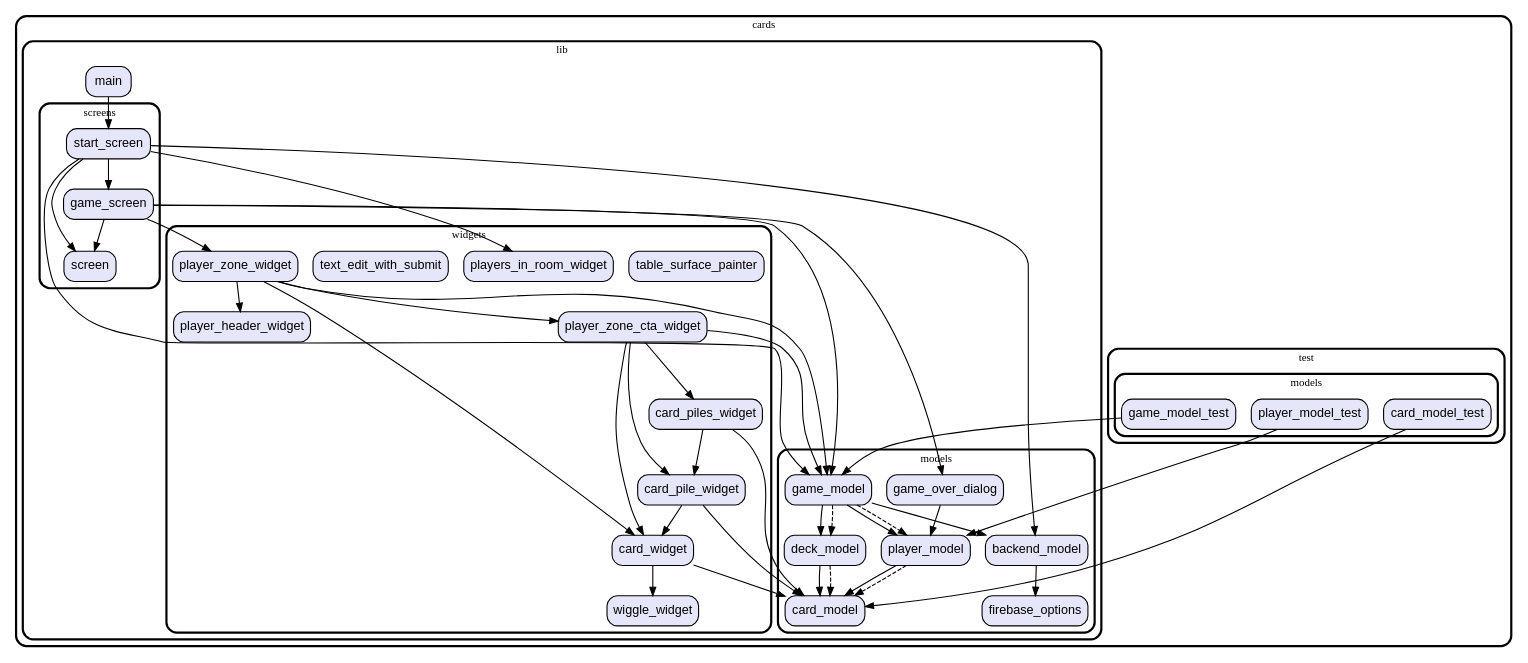
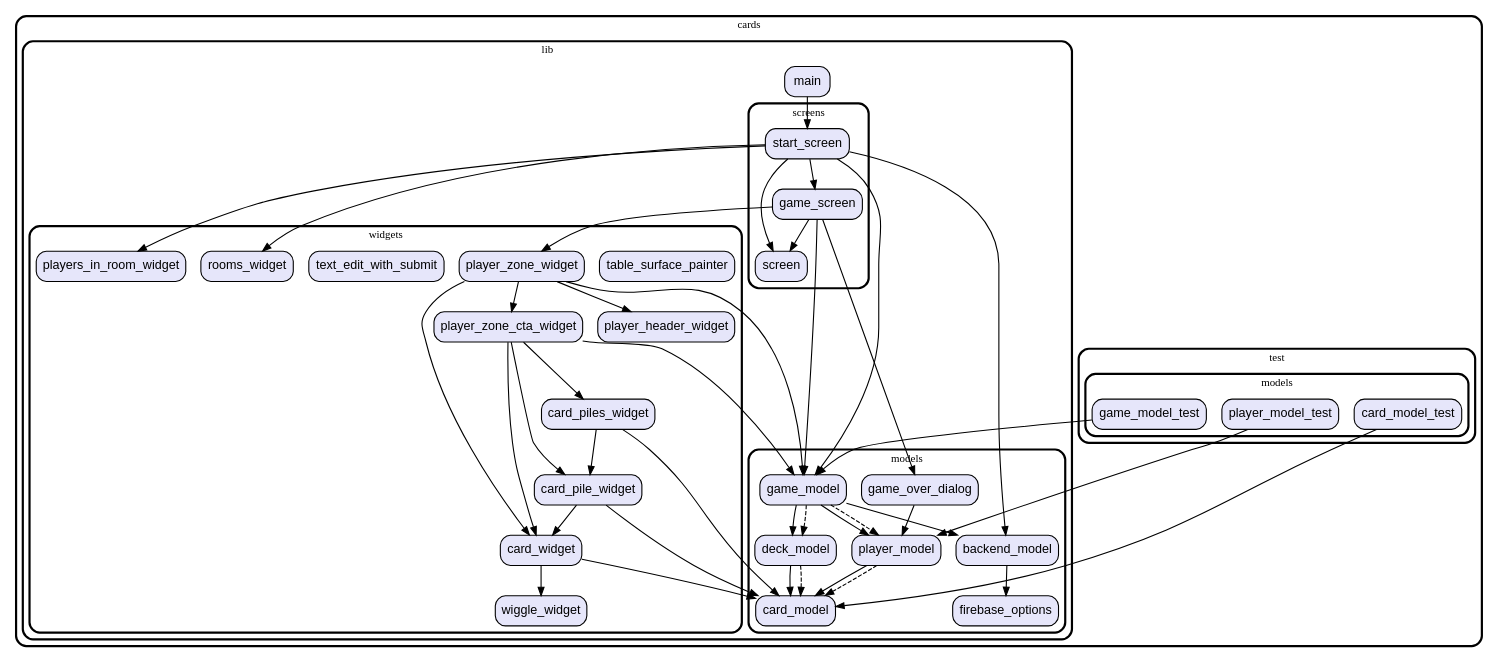
One commit to vteam-com/Cards changed the diagram in graph.dot. Above: the diagram before and after it, drawn with Graphviz. The commit also changed 4 other files, not shown here.

```diff
--- a/graph.dot
+++ b/graph.dot
@@ -1,112 +1,115 @@
 digraph "" {
   graph [style=rounded fontname="Arial Black" fontsize=13 penwidth=2.6];
   node [shape=rect style="filled,rounded" fontname=Arial fontsize=15 fillcolor=Lavender penwidth=1.3];
   edge [penwidth=1.3];
   "/test/models/game_model_test.dart" [label="game_model_test"];
   "/test/models/player_model_test.dart" [label="player_model_test"];
   "/test/models/card_model_test.dart" [label="card_model_test"];
   "/lib/models/game_model.dart" [label="game_model"];
   "/lib/models/game_over_dialog.dart" [label="game_over_dialog"];
   "/lib/models/firebase_options.dart" [label="firebase_options"];
   "/lib/models/player_model.dart" [label="player_model"];
   "/lib/models/card_model.dart" [label="card_model"];
   "/lib/models/backend_model.dart" [label="backend_model"];
   "/lib/models/deck_model.dart" [label="deck_model"];
   "/lib/screens/game_screen.dart" [label="game_screen"];
   "/lib/screens/start_screen.dart" [label="start_screen"];
   "/lib/screens/screen.dart" [label="screen"];
   "/lib/main.dart" [label="main"];
   "/lib/widgets/player_zone_cta_widget.dart" [label="player_zone_cta_widget"];
   "/lib/widgets/card_pile_widget.dart" [label="card_pile_widget"];
   "/lib/widgets/table_surface_painter.dart" [label="table_surface_painter"];
   "/lib/widgets/card_widget.dart" [label="card_widget"];
   "/lib/widgets/player_header_widget.dart" [label="player_header_widget"];
   "/lib/widgets/wiggle_widget.dart" [label="wiggle_widget"];
   "/lib/widgets/players_in_room_widget.dart" [label="players_in_room_widget"];
   "/lib/widgets/text_edit_with_submit.dart" [label="text_edit_with_submit"];
+  "/lib/widgets/rooms_widget.dart" [label="rooms_widget"];
   "/lib/widgets/player_zone_widget.dart" [label="player_zone_widget"];
   "/lib/widgets/card_piles_widget.dart" [label="card_piles_widget"];
   subgraph "cluster~" {
     label="cards";
     subgraph "cluster~/test" {
       label="test";
       subgraph "cluster~/test/models" {
         label="models";
         "/test/models/game_model_test.dart";
         "/test/models/player_model_test.dart";
         "/test/models/card_model_test.dart";
       }
     }
     subgraph "cluster~/lib" {
       label="lib";
       "/lib/main.dart";
       subgraph "cluster~/lib/models" {
         label="models";
         "/lib/models/game_model.dart";
         "/lib/models/game_over_dialog.dart";
         "/lib/models/firebase_options.dart";
         "/lib/models/player_model.dart";
         "/lib/models/card_model.dart";
         "/lib/models/backend_model.dart";
         "/lib/models/deck_model.dart";
       }
       subgraph "cluster~/lib/screens" {
         label="screens";
         "/lib/screens/game_screen.dart";
         "/lib/screens/start_screen.dart";
         "/lib/screens/screen.dart";
       }
       subgraph "cluster~/lib/widgets" {
         label="widgets";
         "/lib/widgets/player_zone_cta_widget.dart";
         "/lib/widgets/card_pile_widget.dart";
         "/lib/widgets/table_surface_painter.dart";
         "/lib/widgets/card_widget.dart";
         "/lib/widgets/player_header_widget.dart";
         "/lib/widgets/wiggle_widget.dart";
         "/lib/widgets/players_in_room_widget.dart";
         "/lib/widgets/text_edit_with_submit.dart";
+        "/lib/widgets/rooms_widget.dart";
         "/lib/widgets/player_zone_widget.dart";
         "/lib/widgets/card_piles_widget.dart";
       }
     }
   }
   "/test/models/game_model_test.dart" -> "/lib/models/game_model.dart";
   "/test/models/player_model_test.dart" -> "/lib/models/player_model.dart";
   "/test/models/card_model_test.dart" -> "/lib/models/card_model.dart";
   "/lib/models/game_model.dart" -> "/lib/models/backend_model.dart";
   "/lib/models/game_model.dart" -> "/lib/models/deck_model.dart";
   "/lib/models/game_model.dart" -> "/lib/models/player_model.dart";
   "/lib/models/game_model.dart" -> "/lib/models/deck_model.dart" [style=dashed];
   "/lib/models/game_model.dart" -> "/lib/models/player_model.dart" [style=dashed];
   "/lib/models/game_over_dialog.dart" -> "/lib/models/player_model.dart";
   "/lib/models/player_model.dart" -> "/lib/models/card_model.dart";
   "/lib/models/player_model.dart" -> "/lib/models/card_model.dart" [style=dashed];
   "/lib/models/backend_model.dart" -> "/lib/models/firebase_options.dart";
   "/lib/models/deck_model.dart" -> "/lib/models/card_model.dart";
   "/lib/models/deck_model.dart" -> "/lib/models/card_model.dart" [style=dashed];
   "/lib/screens/game_screen.dart" -> "/lib/models/game_model.dart";
   "/lib/screens/game_screen.dart" -> "/lib/models/game_over_dialog.dart";
   "/lib/screens/game_screen.dart" -> "/lib/screens/screen.dart";
   "/lib/screens/game_screen.dart" -> "/lib/widgets/player_zone_widget.dart";
   "/lib/screens/start_screen.dart" -> "/lib/models/backend_model.dart";
   "/lib/screens/start_screen.dart" -> "/lib/models/game_model.dart";
   "/lib/screens/start_screen.dart" -> "/lib/screens/game_screen.dart";
   "/lib/screens/start_screen.dart" -> "/lib/screens/screen.dart";
   "/lib/screens/start_screen.dart" -> "/lib/widgets/players_in_room_widget.dart";
+  "/lib/screens/start_screen.dart" -> "/lib/widgets/rooms_widget.dart";
   "/lib/main.dart" -> "/lib/screens/start_screen.dart";
   "/lib/widgets/player_zone_cta_widget.dart" -> "/lib/models/game_model.dart";
   "/lib/widgets/player_zone_cta_widget.dart" -> "/lib/widgets/card_pile_widget.dart";
   "/lib/widgets/player_zone_cta_widget.dart" -> "/lib/widgets/card_piles_widget.dart";
   "/lib/widgets/player_zone_cta_widget.dart" -> "/lib/widgets/card_widget.dart";
   "/lib/widgets/card_pile_widget.dart" -> "/lib/models/card_model.dart";
   "/lib/widgets/card_pile_widget.dart" -> "/lib/widgets/card_widget.dart";
   "/lib/widgets/card_widget.dart" -> "/lib/models/card_model.dart";
   "/lib/widgets/card_widget.dart" -> "/lib/widgets/wiggle_widget.dart";
   "/lib/widgets/player_zone_widget.dart" -> "/lib/models/game_model.dart";
   "/lib/widgets/player_zone_widget.dart" -> "/lib/widgets/card_widget.dart";
   "/lib/widgets/player_zone_widget.dart" -> "/lib/widgets/player_header_widget.dart";
   "/lib/widgets/player_zone_widget.dart" -> "/lib/widgets/player_zone_cta_widget.dart";
   "/lib/widgets/card_piles_widget.dart" -> "/lib/models/card_model.dart";
   "/lib/widgets/card_piles_widget.dart" -> "/lib/widgets/card_pile_widget.dart";
 }
```
